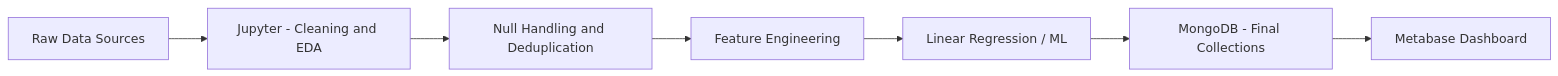
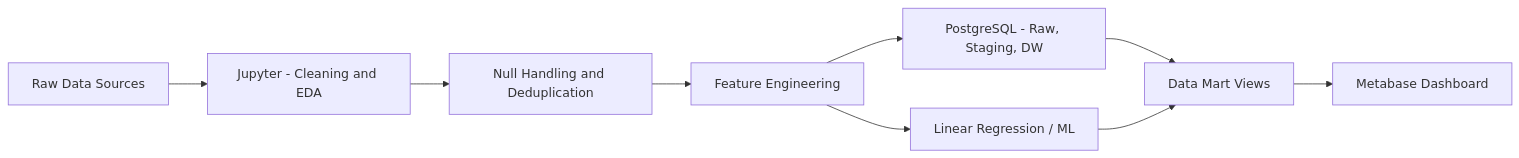
The diagram in README.md (Paulohspaniago/analise-socioeconomica-crime-brasil), drawn with Mermaid before and after one commit. The commit also changed other lines of this file and 16 other files, not shown here.

````diff
--- a/README.md
+++ b/README.md
@@ -31,9 +31,11 @@
 ```mermaid
 flowchart LR
     A[Raw Data Sources] --> B[Jupyter - Cleaning and EDA]
     B --> C[Null Handling and Deduplication]
     C --> D[Feature Engineering]
     D --> E[Linear Regression / ML]
-    E --> F[MongoDB - Final Collections]
-    F --> G[Metabase Dashboard]
+    D --> F[PostgreSQL - Raw, Staging, DW]
+    F --> G[Data Mart Views]
+    G --> H[Metabase Dashboard]
+    E --> G
 ```
````
